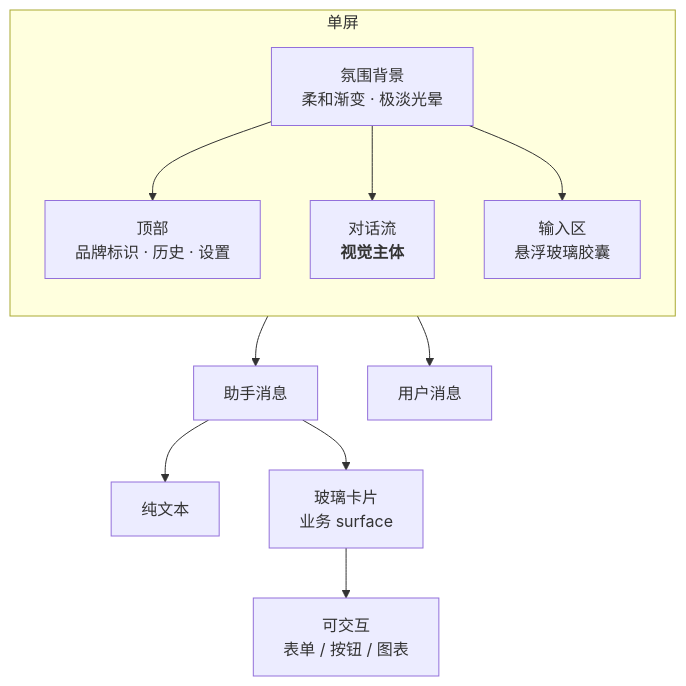
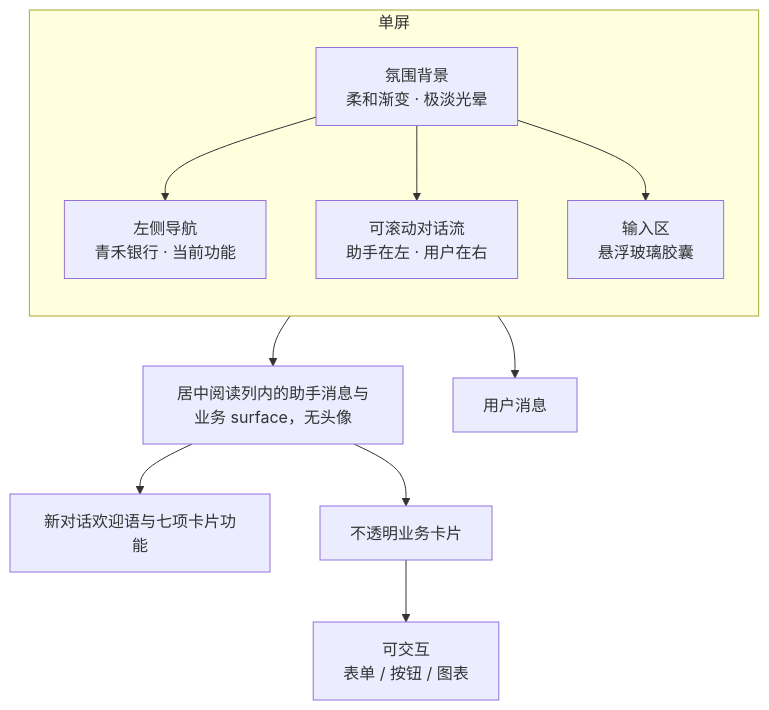
One commit to weiqing010305-art/bk-agent changed the third of 4 diagrams in doc/PRD.md. Above: the diagram before and after it, drawn with Mermaid. The commit also changed other lines of this file and 31 other files, not shown here.

Commit message:
feat: refine bank assistant layout and transfer flow

````diff
--- a/doc/PRD.md
+++ b/doc/PRD.md
@@ -218,20 +220,20 @@
 ```mermaid
 flowchart TB
     subgraph Screen["单屏"]
         direction TB
         Bg["氛围背景<br/>柔和渐变 · 极淡光晕"]
-        Header["顶部<br/>品牌标识 · 历史 · 设置"]
-        Thread["对话流<br/><b>视觉主体</b>"]
+        Header["左侧导航<br/>青禾银行 · 当前功能"]
+        Thread["可滚动对话流<br/>助手在左 · 用户在右"]
         Composer["输入区<br/>悬浮玻璃胶囊"]
     end
 
     Bg --> Header
     Bg --> Thread
     Bg --> Composer
 
-    Thread --> T1["助手消息"]
+    Thread --> T1["居中阅读列内的助手消息与业务 surface，无头像"]
     Thread --> T2["用户消息"]
-    T1 --> C1["纯文本"]
-    T1 --> C2["玻璃卡片<br/>业务 surface"]
+    T1 --> C1["新对话欢迎语与七项卡片功能"]
+    T1 --> C2["不透明业务卡片"]
     C2 --> C3["可交互<br/>表单 / 按钮 / 图表"]
 ```
````
